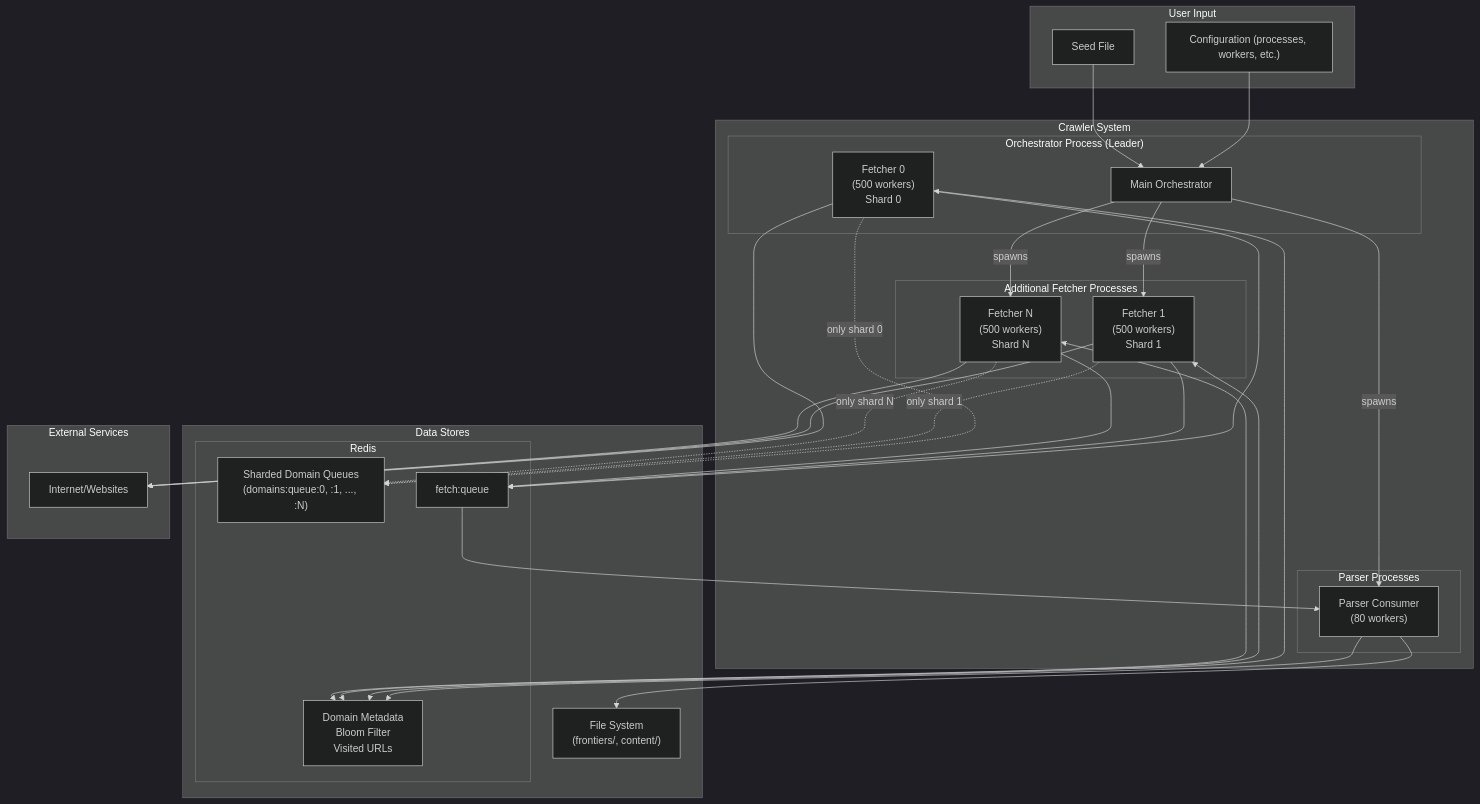
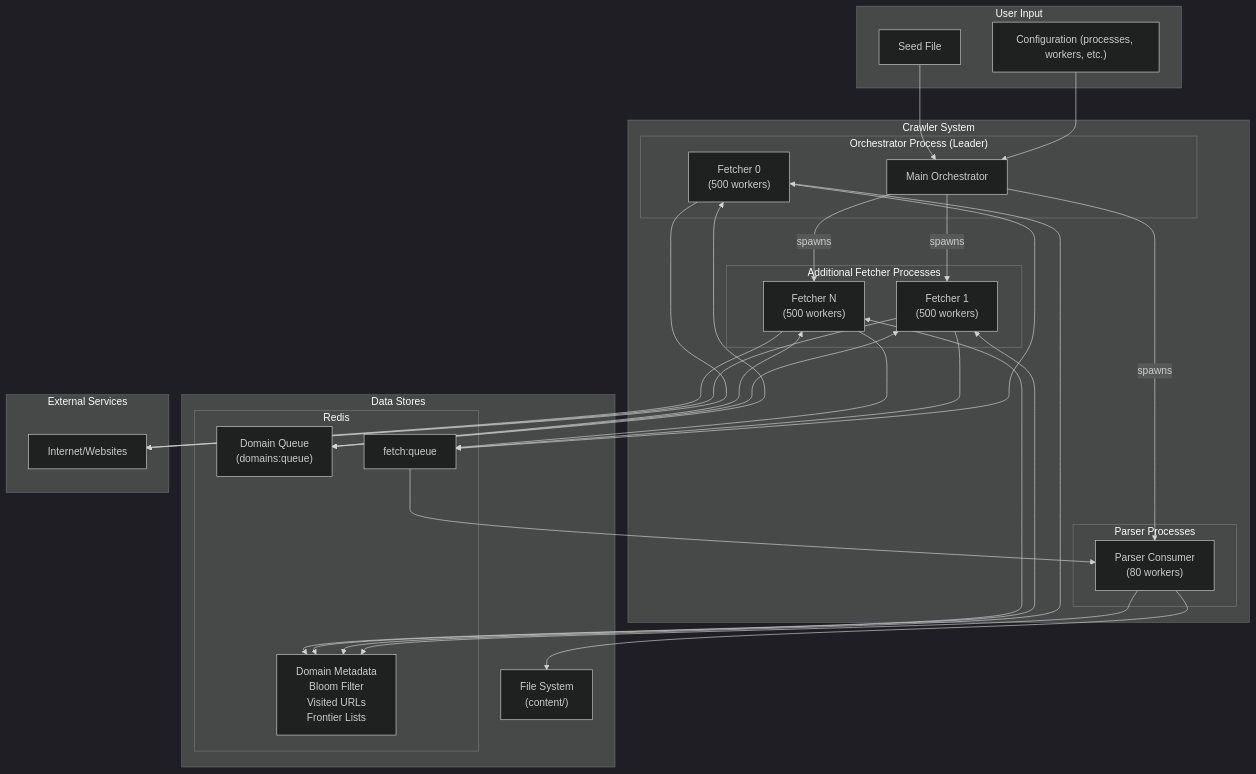
The diagram in crawler/PLAN.MD (andrewkchan/vibe-coding-experiments), drawn with Mermaid (dark theme) before and after one commit. The commit also changed other lines of this file and 10 other files, not shown here.

Commit message:
use shared domain queue, remove fetcher single-redis sharding scheme (not needed because all frontier data in redis now)

````diff
--- a/crawler/PLAN.MD
+++ b/crawler/PLAN.MD
@@ -67,69 +62,69 @@
 ```mermaid
 graph TD
     subgraph User Input
         SeedFile[Seed File]
         Config["Configuration (processes, workers, etc.)"]
     end
 
     subgraph Crawler System
         subgraph "Orchestrator Process (Leader)"
             Main[Main Orchestrator]
-            Fetcher0["Fetcher 0<br/>(500 workers)<br/>Shard 0"]
+            Fetcher0["Fetcher 0<br/>(500 workers)"]
         end
         
         subgraph Additional Fetcher Processes
-            Fetcher1["Fetcher 1<br/>(500 workers)<br/>Shard 1"]
-            FetcherN["Fetcher N<br/>(500 workers)<br/>Shard N"]
+            Fetcher1["Fetcher 1<br/>(500 workers)"]
+            FetcherN["Fetcher N<br/>(500 workers)"]
         end
         
         subgraph Parser Processes
             Parser1["Parser Consumer<br/>(80 workers)"]
         end
     end
 
     subgraph Data Stores
         subgraph Redis
-            DomainQueues["Sharded Domain Queues<br/>(domains:queue:0, :1, ..., :N)"]
+            DomainQueue["Domain Queue<br/>(domains:queue)"]
             FetchQueue[fetch:queue]
-            Metadata["Domain Metadata<br/>Bloom Filter<br/>Visited URLs"]
+            Metadata["Domain Metadata<br/>Bloom Filter<br/>Visited URLs<br/>Frontier Lists"]
         end
         
-        FS["File System<br/>(frontiers/, content/)"]
+        FS["File System<br/>(content/)"]
     end
 
     subgraph External Services
         Web[Internet/Websites]
     end
 
     %% Initialization
     Config --> Main
     SeedFile --> Main
     Main -->|spawns| Fetcher1
     Main -->|spawns| FetcherN
     Main -->|spawns| Parser1
     
     %% Fetching
     Fetcher0 --> Web
     Fetcher1 --> Web
     FetcherN --> Web
     
-    %% Domain sharding
-    Fetcher0 -.->|only shard 0| DomainQueues
-    Fetcher1 -.->|only shard 1| DomainQueues
-    FetcherN -.->|only shard N| DomainQueues
+    %% Shared domain queue
+    Fetcher0 <--> DomainQueue
+    Fetcher1 <--> DomainQueue
+    FetcherN <--> DomainQueue
     
     %% Parse queue
     Fetcher0 --> FetchQueue
     Fetcher1 --> FetchQueue
     FetcherN --> FetchQueue
     FetchQueue --> Parser1
     
     %% Storage
     Parser1 --> Metadata
     Parser1 --> FS
     
     %% Shared access
     Fetcher0 <--> Metadata
     Fetcher1 <--> Metadata
     FetcherN <--> Metadata
 ```
````
